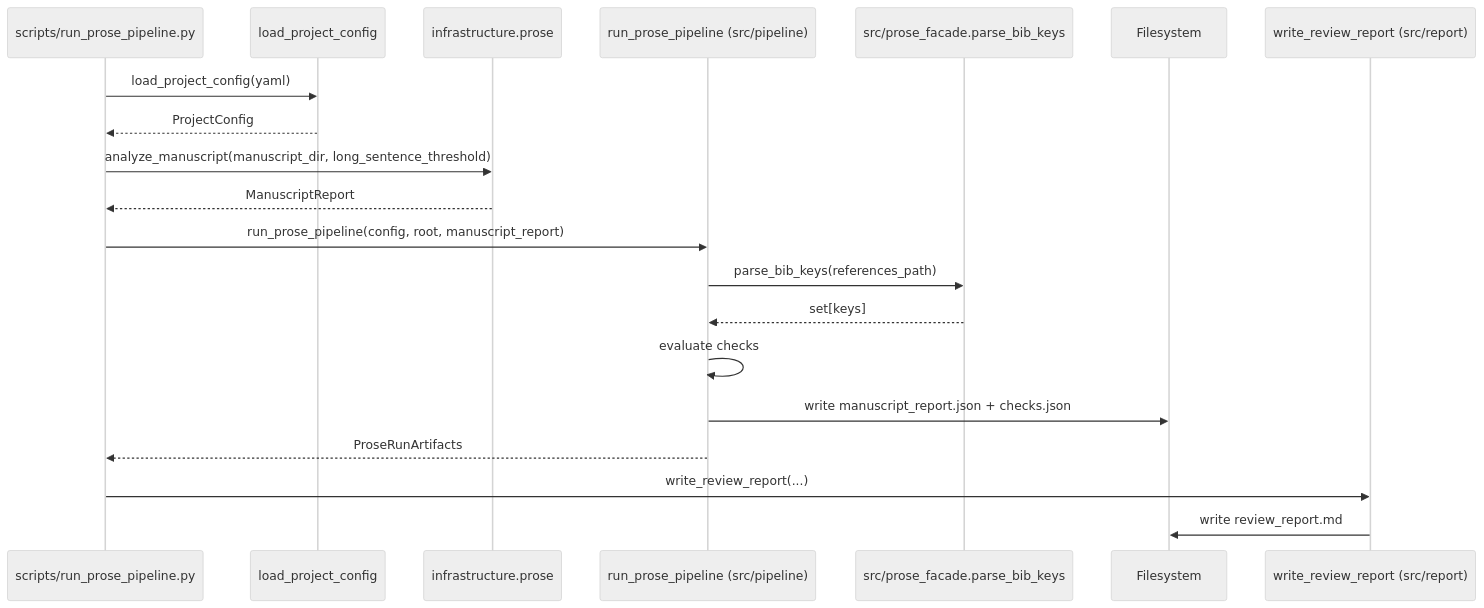
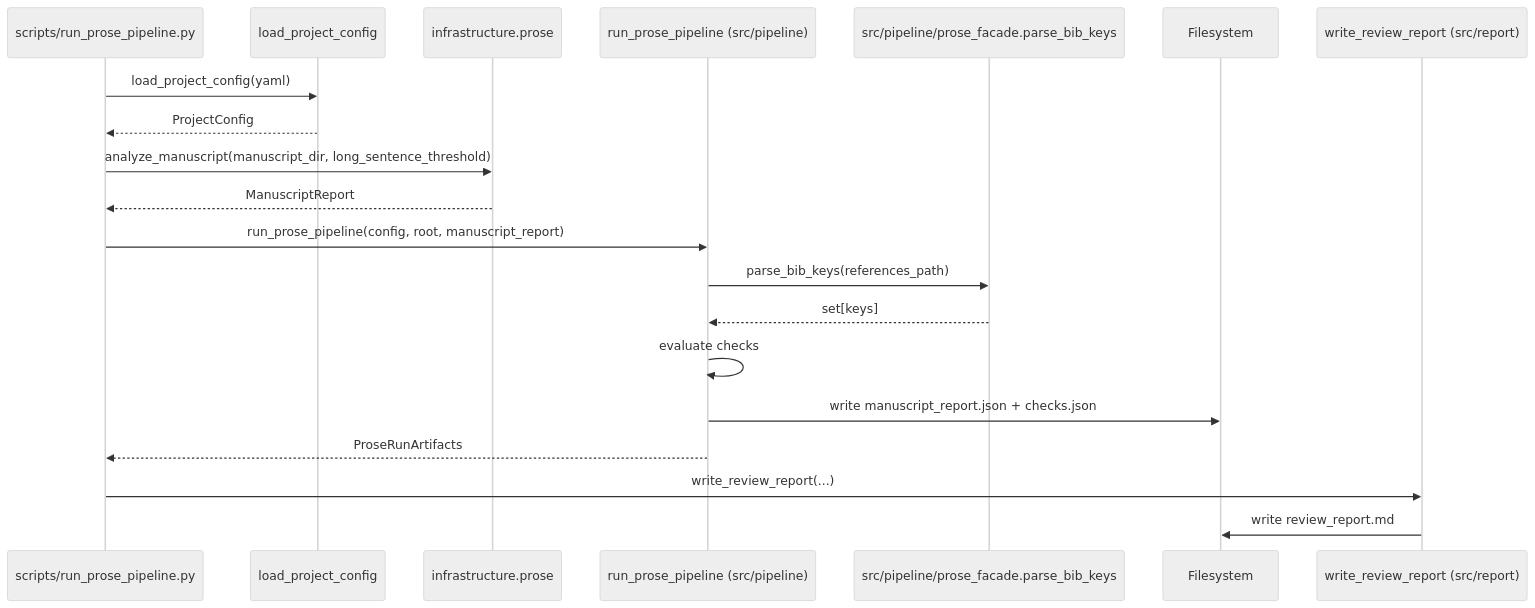
Before and after one commit to docxology/template: the second of 2 diagrams in projects/templates/template_prose_project/docs/architecture.md, drawn with Mermaid (neutral theme). The commit also changed other lines of this file and 775 other files, not shown here.

````diff
--- a/projects/templates/template_prose_project/docs/architecture.md
+++ b/projects/templates/template_prose_project/docs/architecture.md
@@ -43,23 +43,23 @@
 ```mermaid
 sequenceDiagram
     participant CLI as scripts/run_prose_pipeline.py
     participant CFG as load_project_config
     participant PROSE as infrastructure.prose
     participant PIPE as run_prose_pipeline (src/pipeline)
-    participant PF as src/prose_facade.parse_bib_keys
+    participant PF as src/pipeline/prose_facade.parse_bib_keys
     participant FS as Filesystem
     participant REP as write_review_report (src/report)
 
     CLI->>CFG: load_project_config(yaml)
     CFG-->>CLI: ProjectConfig
     CLI->>PROSE: analyze_manuscript(manuscript_dir, long_sentence_threshold)
     PROSE-->>CLI: ManuscriptReport
     CLI->>PIPE: run_prose_pipeline(config, root, manuscript_report)
     PIPE->>PF: parse_bib_keys(references_path)
     PF-->>PIPE: set[keys]
     PIPE->>PIPE: evaluate checks
     PIPE->>FS: write manuscript_report.json + checks.json
     PIPE-->>CLI: ProseRunArtifacts
     CLI->>REP: write_review_report(...)
     REP->>FS: write review_report.md
 ```
````
